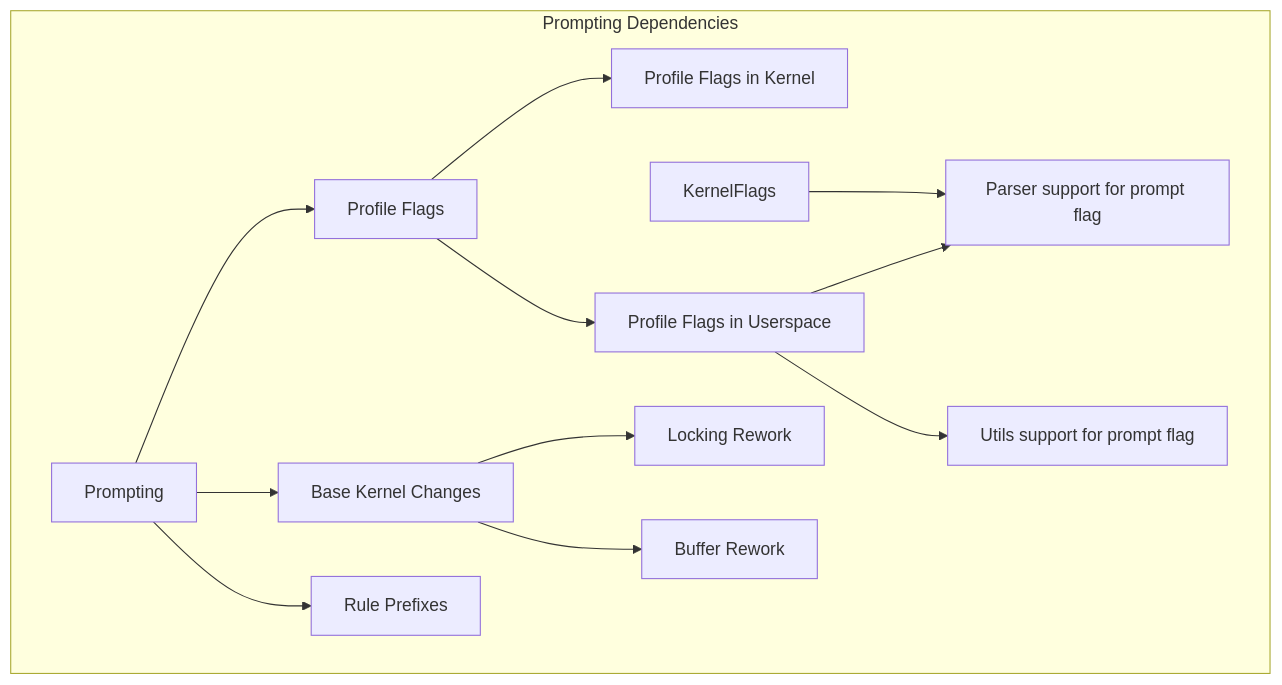
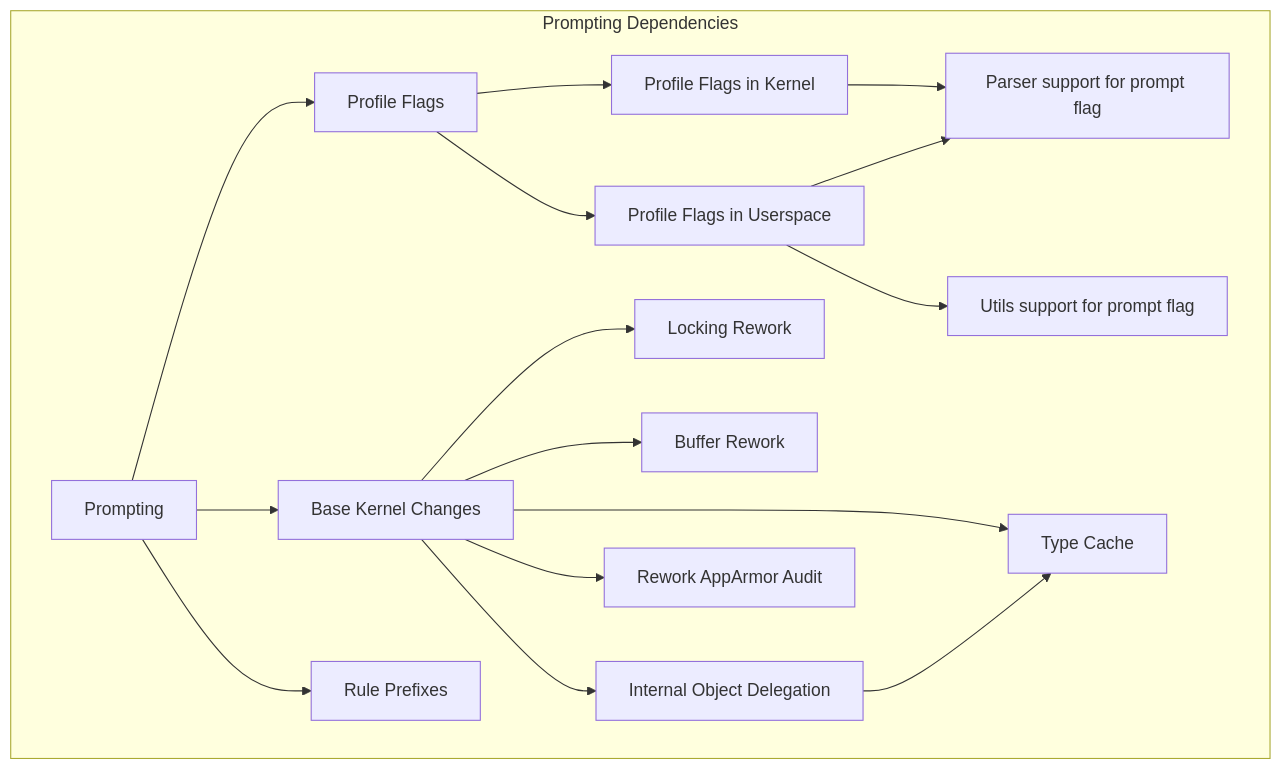
Before and after one commit to youngker/apparmor-wiki: the diagram in WorkItems.md, drawn with Mermaid. The commit also changed other lines of this file, not shown here.

Commit message:
Update WorkItems

````diff
--- a/WorkItems.md
+++ b/WorkItems.md
@@ -343,15 +340,20 @@
 ```mermaid
 graph TB
   subgraph "Prompting Dependencies"
   Prompting[Prompting] --> KernelWork[Base Kernel Changes]
   Prompting --> ProfileFlags[Profile Flags]
-  ProfileFlags --> KernelFlag[Profile Flags in Kernel]
+  ProfileFlags --> KernelFlags[Profile Flags in Kernel]
   KernelFlags --> ParserFlags[Parser support for prompt flag]
   ProfileFlags --> UserSpaceFlags[Profile Flags in Userspace]
   UserSpaceFlags --> ParserFlags
   UserSpaceFlags --> UtilsFlags[Utils support for prompt flag]
   Prompting --> ProfilePrefix[Rule Prefixes]
   KernelWork --> KernelLock[Locking Rework]
   KernelWork --> KernelBuffer[Buffer Rework]
+  KernelWork --> ObjectDelegationBase[Internal Object Delegation]
+  KernelWork --> TypeCache[Type Cache]
+  KernelWork --> AuditRework[Rework AppArmor Audit]
+  ObjectDelegationBase --> TypeCache
+
 end
 ```
````
